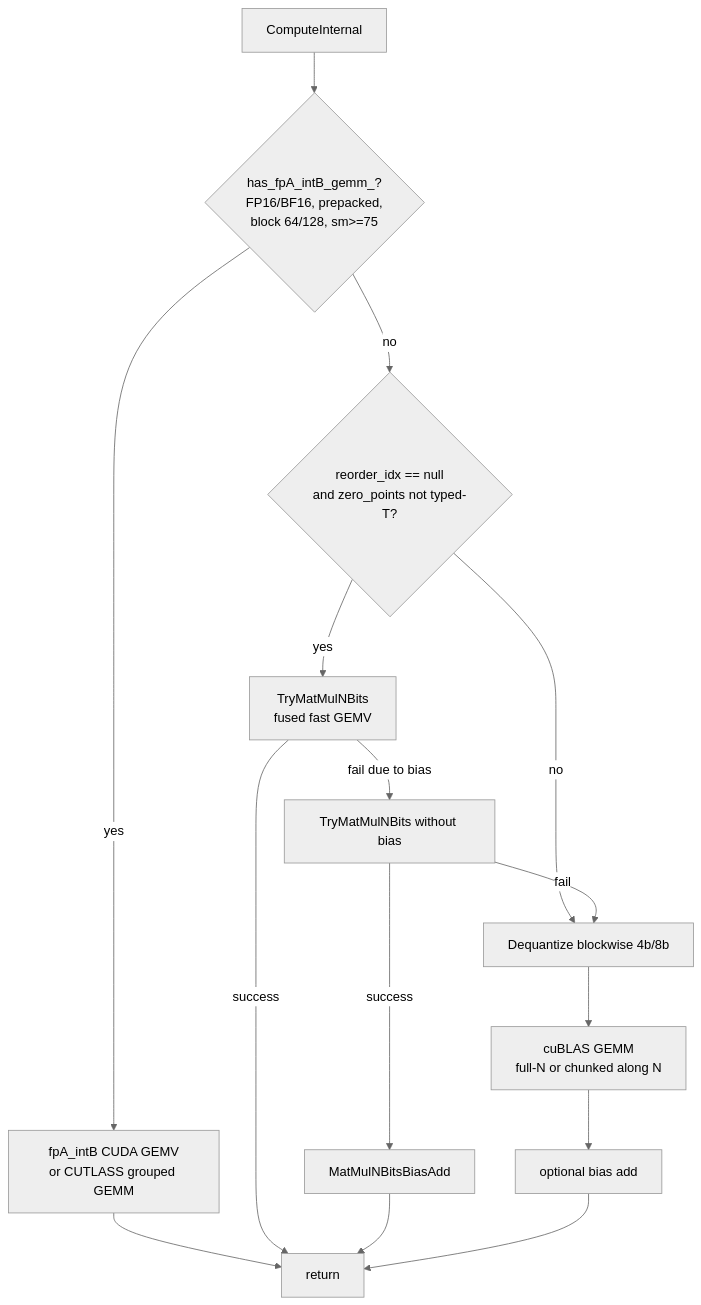
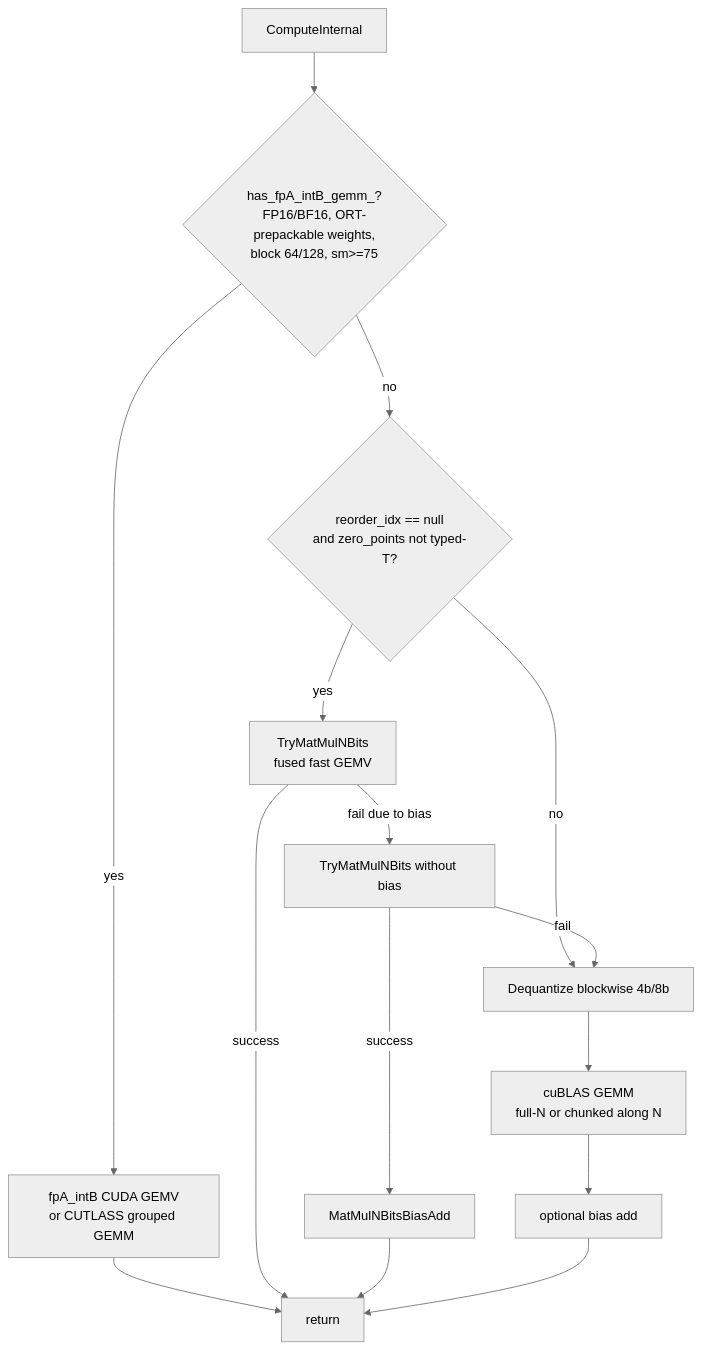
One commit to microsoft/onnxruntime changed the diagram in docs/contrib_ops/cuda/matmul_nbits.md. Above: the diagram before and after it, drawn with Mermaid (neutral theme). The commit also changed other lines of this file and 6 other files, not shown here.

````diff
--- a/docs/contrib_ops/cuda/matmul_nbits.md
+++ b/docs/contrib_ops/cuda/matmul_nbits.md
@@ -81,14 +110,14 @@
 ```mermaid
 flowchart TD
-  A[ComputeInternal] --> F{has_fpA_intB_gemm_?<br/>FP16/BF16, prepacked,<br/>block 64/128, sm>=75}
+  A[ComputeInternal] --> F{has_fpA_intB_gemm_?<br/>FP16/BF16, ORT-prepackable weights,<br/>block 64/128, sm>=75}
   F -- yes --> FP[fpA_intB CUDA GEMV<br/>or CUTLASS grouped GEMM] --> R[return]
   F -- no --> G{reorder_idx == null<br/>and zero_points not typed-T?}
   G -- no --> DQ
   G -- yes --> T1[TryMatMulNBits<br/>fused fast GEMV]
   T1 -- success --> R
   T1 -- fail due to bias --> T2[TryMatMulNBits without bias]
   T2 -- success --> BIAS[MatMulNBitsBiasAdd] --> R
   T2 -- fail --> DQ
   DQ[Dequantize blockwise 4b/8b] --> GEMM[cuBLAS GEMM<br/>full-N or chunked along N]
   GEMM --> BIAS2[optional bias add] --> R
 ```
````
